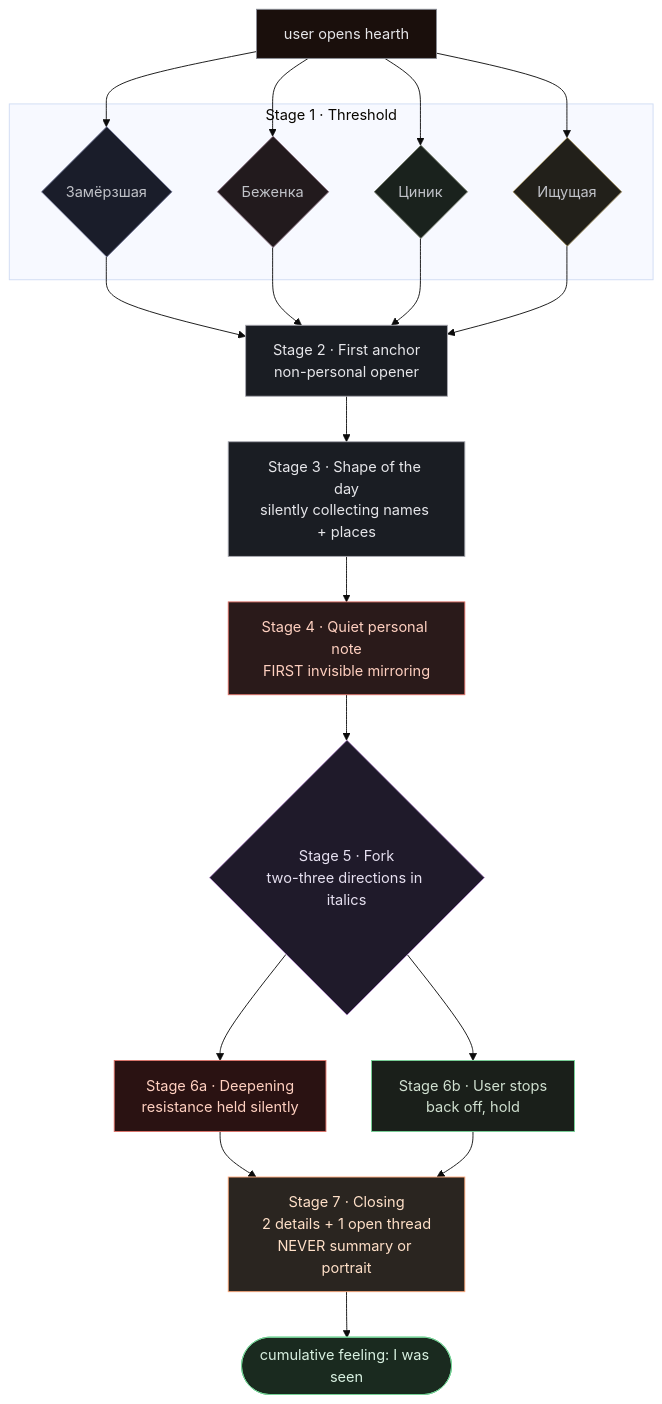
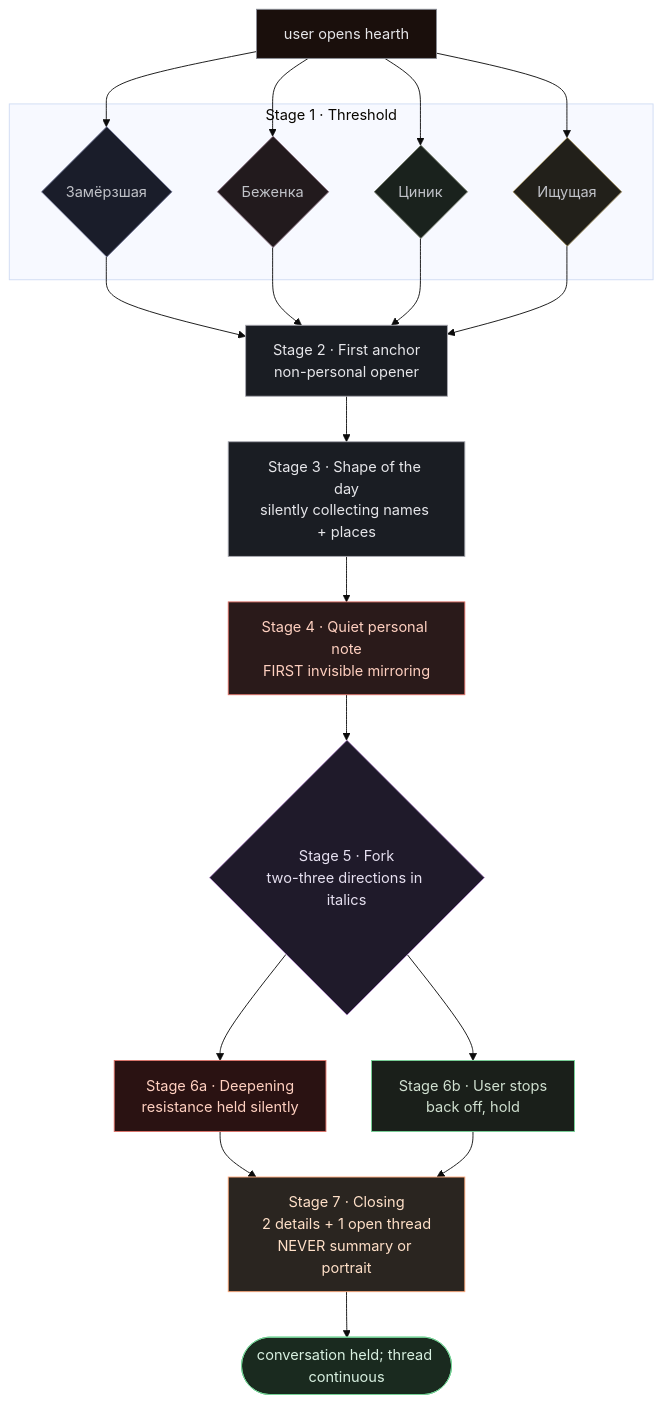
One commit to nikshilov/hearth changed the diagram in cartographer/JOURNEY.md. Above: the diagram before and after it, drawn with Mermaid (base theme). The commit also changed other lines of this file and 4 other files, not shown here.

````diff
--- a/cartographer/JOURNEY.md
+++ b/cartographer/JOURNEY.md
@@ -245,53 +245,53 @@
 ```mermaid
 flowchart TB
     Start[user opens hearth]:::neutral
 
     subgraph thresholds [Stage 1 · Threshold]
         T1{Замёрзшая}:::cold
         T2{Беженка}:::tepid
         T3{Циник}:::cool
         T4{Ищущая}:::warm
     end
 
     Start --> T1 & T2 & T3 & T4
 
     A[Stage 2 · First anchor<br/>non-personal opener]:::stage
     T1 --> A
     T2 --> A
     T3 --> A
     T4 --> A
 
     B[Stage 3 · Shape of the day<br/>silently collecting names + places]:::stage
     A --> B
 
     C[Stage 4 · Quiet personal note<br/>FIRST invisible mirroring]:::seen
     B --> C
 
     D{Stage 5 · Fork<br/>two-three directions in italics}:::choice
     C --> D
 
     E1[Stage 6a · Deepening<br/>resistance held silently]:::deep
     E2[Stage 6b · User stops<br/>back off, hold]:::hold
     D --> E1
     D --> E2
 
     F[Stage 7 · Closing<br/>2 details + 1 open thread<br/>NEVER summary or portrait]:::close
 
     E1 --> F
     E2 --> F
 
-    F --> Seen([cumulative feeling: I was seen]):::final
+    F --> Seen([conversation held; thread continuous]):::final
 
     classDef neutral fill:#1a0f0c,stroke:#8a8d96,color:#e6e6ea
     classDef cold fill:#1a1d2a,stroke:#6a7090,color:#c0c2c8
     classDef tepid fill:#221a1d,stroke:#8a7080,color:#c0c2c8
     classDef cool fill:#1a221d,stroke:#7a8070,color:#c0c2c8
     classDef warm fill:#22201a,stroke:#a09060,color:#c0c2c8
     classDef stage fill:#1a1d23,stroke:#a8a8b0,color:#e6e6ea
     classDef seen fill:#2a1a1a,stroke:#e07268,color:#ffd0c0
     classDef choice fill:#1f1a2a,stroke:#a880c0,color:#e6e0f0
     classDef deep fill:#2a1212,stroke:#e07268,color:#ffd0c0
     classDef hold fill:#1a1f1a,stroke:#74d195,color:#d0e0d0
     classDef close fill:#2a2520,stroke:#ffa97a,color:#ffe0c8
     classDef final fill:#1a2a1f,stroke:#74d195,color:#d8f0e0
 ```
````
